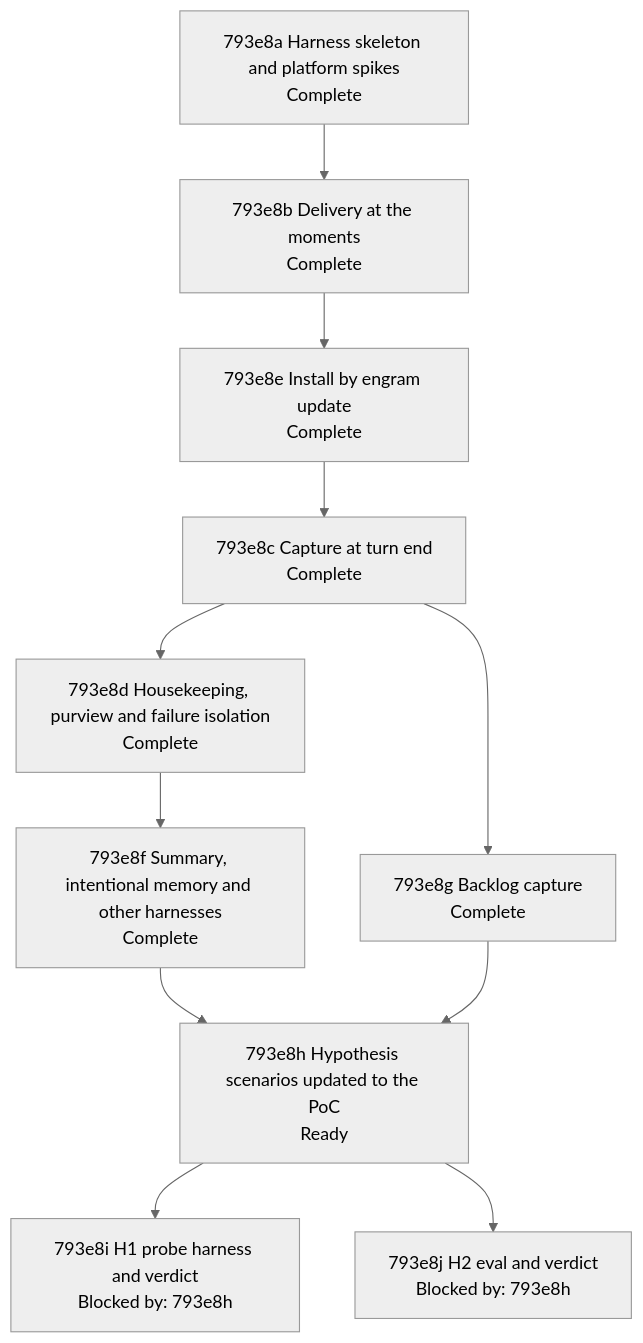
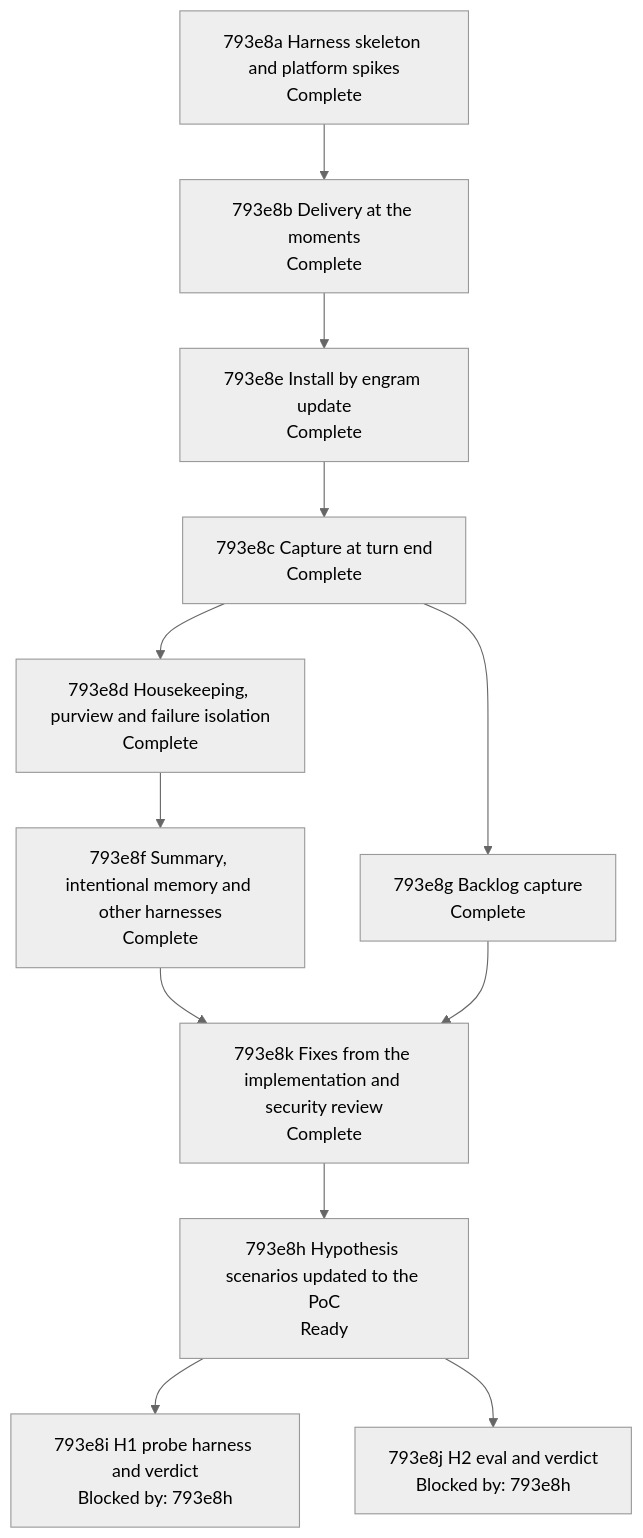
One commit to toejough/engram changed the diagram in docs/changes/793_parallel-memory-agent/793e_implementation-plan.md. Above: the diagram before and after it, drawn with Mermaid (neutral theme). The commit also changed other lines of this file, not shown here.

First line of the commit message:
docs(793): node 793e8k (the review fixes), SP16, the four rows re-driven

````diff
--- a/docs/changes/793_parallel-memory-agent/793e_implementation-plan.md
+++ b/docs/changes/793_parallel-memory-agent/793e_implementation-plan.md
@@ -214,21 +215,23 @@
 ```mermaid
 flowchart TD
   n793e8a["793e8a Harness skeleton and platform spikes<br/>Complete"]
   n793e8b["793e8b Delivery at the moments<br/>Complete"]
   n793e8e["793e8e Install by engram update<br/>Complete"]
   n793e8c["793e8c Capture at turn end<br/>Complete"]
   n793e8d["793e8d Housekeeping, purview and failure isolation<br/>Complete"]
   n793e8g["793e8g Backlog capture<br/>Complete"]
   n793e8f["793e8f Summary, intentional memory and other harnesses<br/>Complete"]
+  n793e8k["793e8k Fixes from the implementation and security review<br/>Complete"]
   n793e8h["793e8h Hypothesis scenarios updated to the PoC<br/>Ready"]
   n793e8i["793e8i H1 probe harness and verdict<br/>Blocked by: 793e8h"]
   n793e8j["793e8j H2 eval and verdict<br/>Blocked by: 793e8h"]
   n793e8a --> n793e8b --> n793e8e --> n793e8c
   n793e8c --> n793e8d
   n793e8c --> n793e8g
   n793e8d --> n793e8f
-  n793e8f --> n793e8h
-  n793e8g --> n793e8h
+  n793e8f --> n793e8k
+  n793e8g --> n793e8k
+  n793e8k --> n793e8h
   n793e8h --> n793e8i
   n793e8h --> n793e8j
 ```
````
